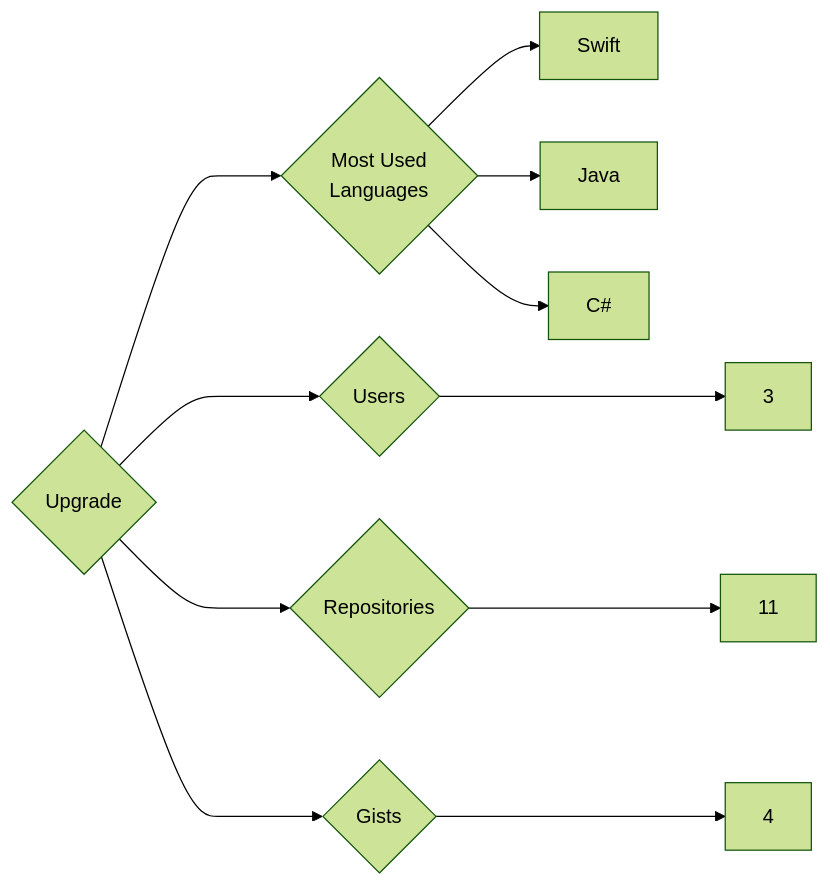
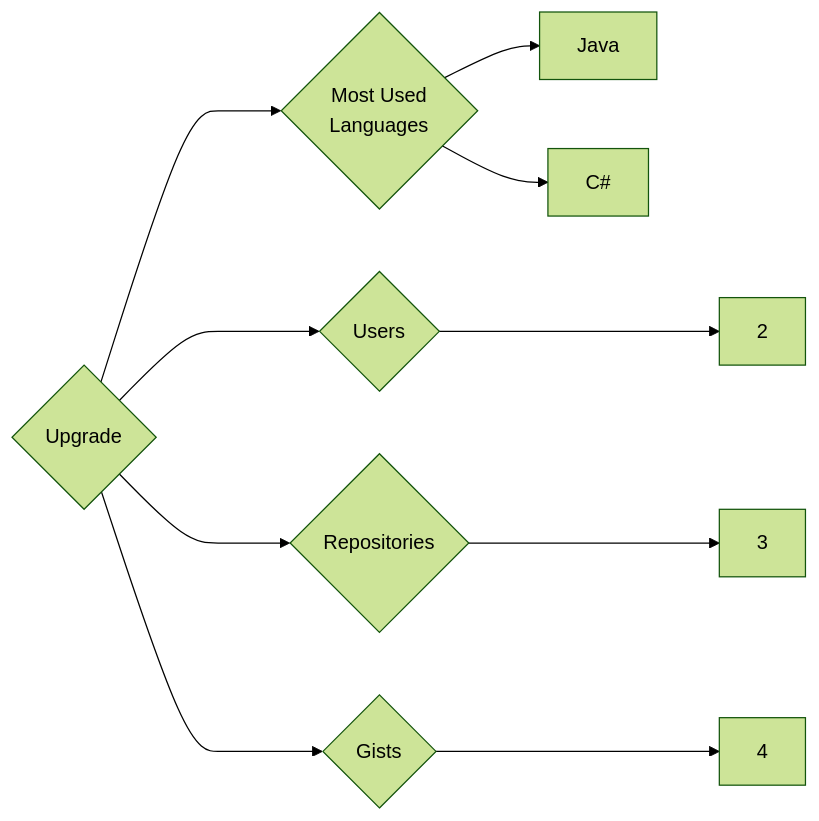
One commit to trickest/insiders changed the diagram in targets/Upgrade/README.md. Above: the diagram before and after it, drawn with Mermaid (forest theme). The commit also changed 953 other files, not shown here.

````diff
--- a/targets/Upgrade/README.md
+++ b/targets/Upgrade/README.md
@@ -3,11 +3,10 @@
 ```mermaid
 graph LR
 COMPANY_NAME{Upgrade}
-COMPANY_NAME ---> U{Users} ---> UN[3]
-COMPANY_NAME ---> R{Repositories} ---> RN[11]
+COMPANY_NAME ---> U{Users} ---> UN[2]
+COMPANY_NAME ---> R{Repositories} ---> RN[3]
 COMPANY_NAME ---> G{Gists} ---> GN[4]
 COMPANY_NAME ---> ML{Most Used<br>Languages}
-ML --> Swift[Swift]
 ML --> Java[Java]
 ML --> C#[C#]
 ```
````
